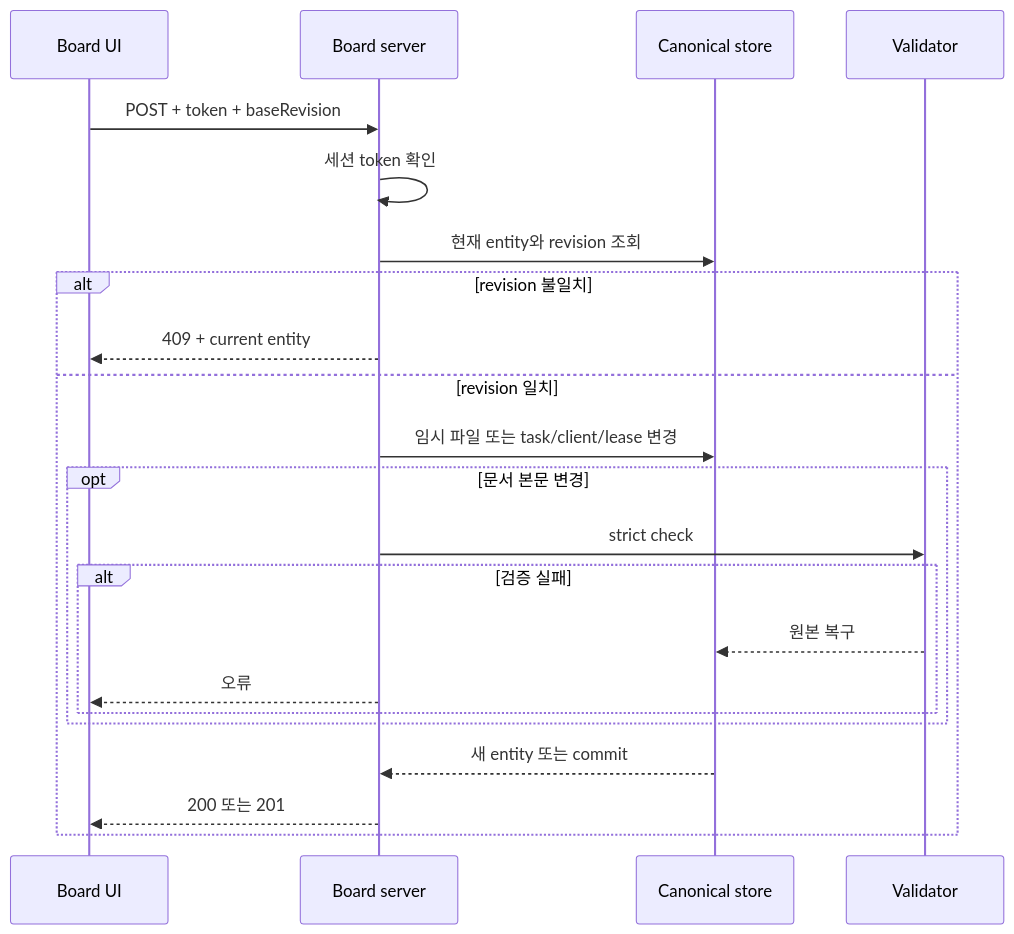
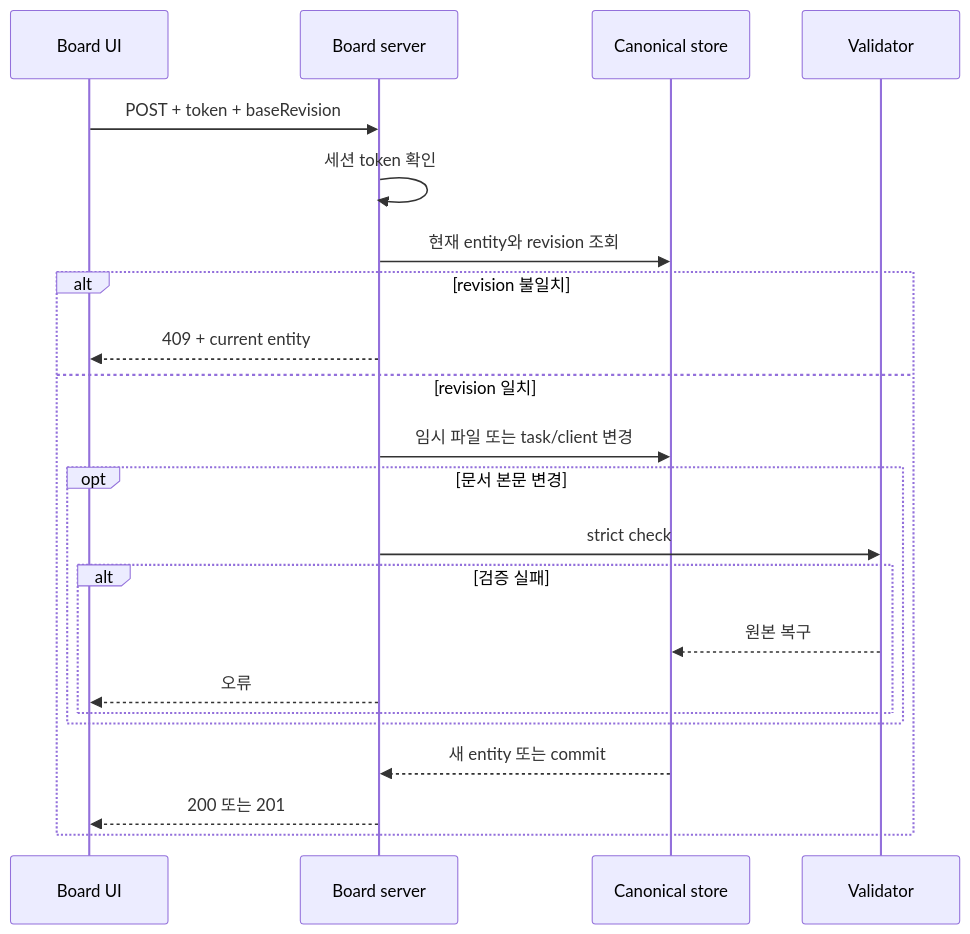
One commit to runtime-co-kr/rundol changed the third of 3 diagrams in docs/architecture/ARC-004-로컬-Board와-협업-아키텍처.md. Above: the diagram before and after it, drawn with Mermaid. The commit also changed other lines of this file and 9 other files, not shown here.

````diff
--- a/docs/architecture/ARC-004-로컬-Board와-협업-아키텍처.md
+++ b/docs/architecture/ARC-004-로컬-Board와-협업-아키텍처.md
@@ -97,24 +95,24 @@
 ```mermaid
 sequenceDiagram
   participant UI as Board UI
   participant HTTP as Board server
   participant Store as Canonical store
   participant Check as Validator
   UI->>HTTP: POST + token + baseRevision
   HTTP->>HTTP: 세션 token 확인
   HTTP->>Store: 현재 entity와 revision 조회
   alt revision 불일치
     HTTP-->>UI: 409 + current entity
   else revision 일치
-    HTTP->>Store: 임시 파일 또는 task/client/lease 변경
+    HTTP->>Store: 임시 파일 또는 task/client 변경
     opt 문서 본문 변경
       HTTP->>Check: strict check
       alt 검증 실패
         Check-->>Store: 원본 복구
         HTTP-->>UI: 오류
       end
     end
     Store-->>HTTP: 새 entity 또는 commit
     HTTP-->>UI: 200 또는 201
   end
 ```
````
